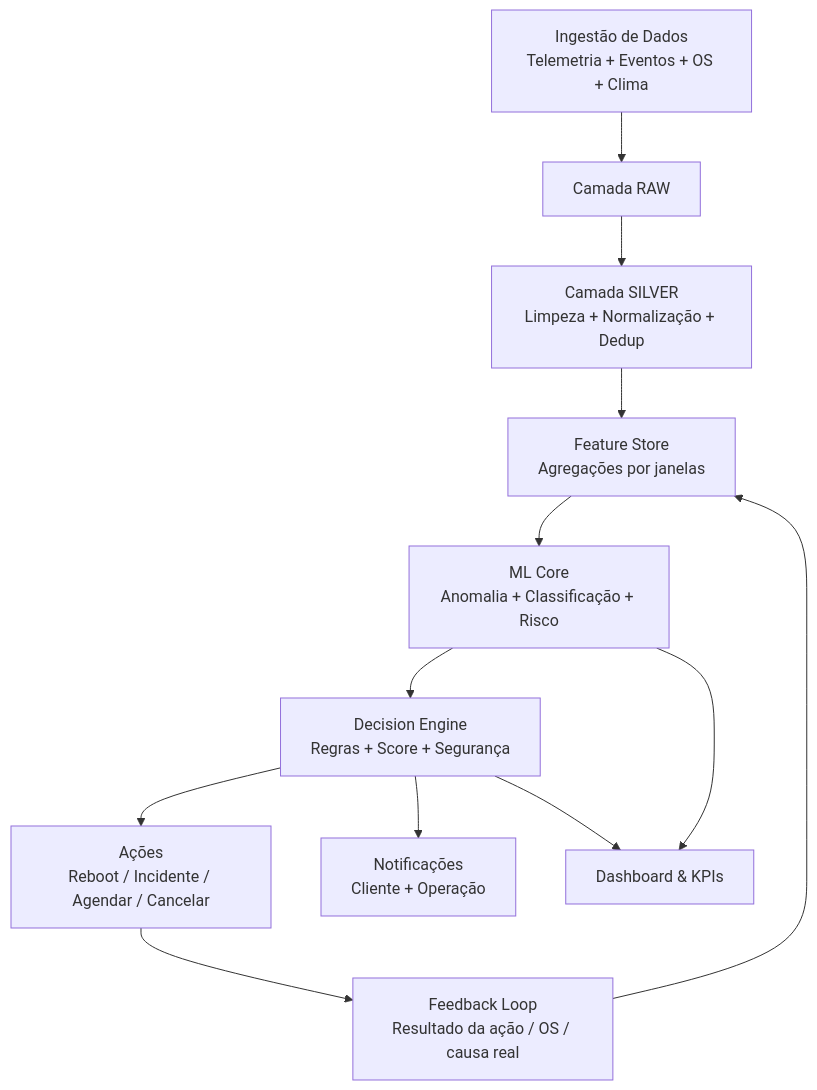
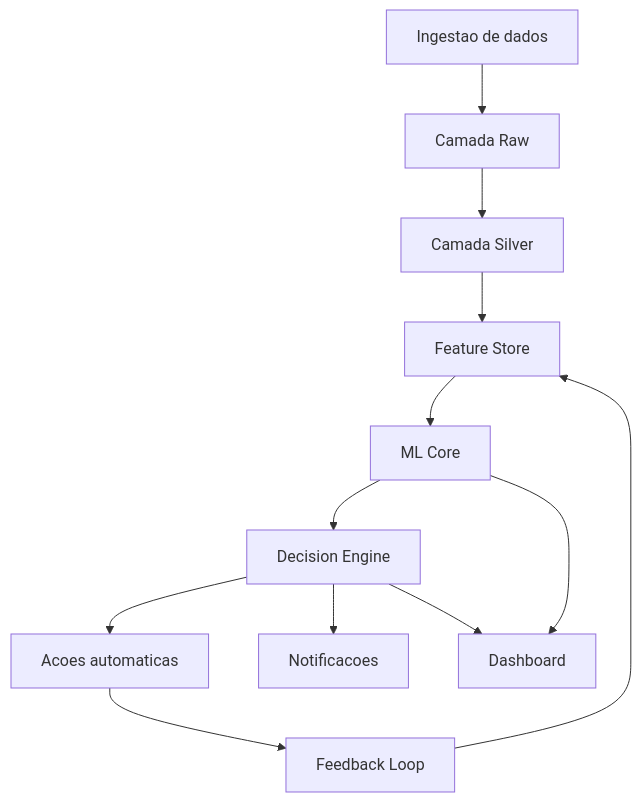
One commit to murylomarques/AI_Network_Guardian changed the first of 4 diagrams in README.md. Above: the diagram before and after it, drawn with Mermaid. The commit also changed other lines of this file, not shown here.

````diff
--- a/README.md
+++ b/README.md
@@ -88,14 +102,14 @@
 ```mermaid
 flowchart TB
-  A[Ingestão de Dados<br/>Telemetria + Eventos + OS + Clima] --> B[Camada RAW]
-  B --> C[Camada SILVER<br/>Limpeza + Normalização + Dedup]
-  C --> D[Feature Store<br/>Agregações por janelas]
-  D --> E[ML Core<br/>Anomalia + Classificação + Risco]
-  E --> F[Decision Engine<br/>Regras + Score + Segurança]
-  F --> G[Ações<br/>Reboot / Incidente / Agendar / Cancelar]
-  F --> H[Notificações<br/>Cliente + Operação]
-  E --> I[Dashboard & KPIs]
+  A[Ingestao de dados] --> B[Camada Raw]
+  B --> C[Camada Silver]
+  C --> D[Feature Store]
+  D --> E[ML Core]
+  E --> F[Decision Engine]
+  F --> G[Acoes automaticas]
+  F --> H[Notificacoes]
+  E --> I[Dashboard]
   F --> I
-  G --> J[Feedback Loop<br/>Resultado da ação / OS / causa real]
+  G --> J[Feedback Loop]
   J --> D
 ```
````
